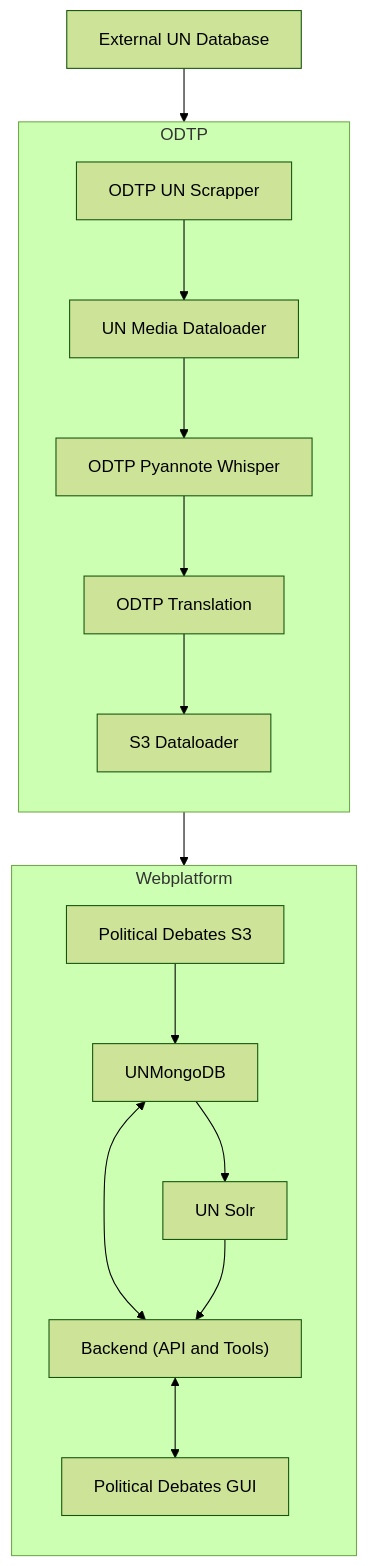
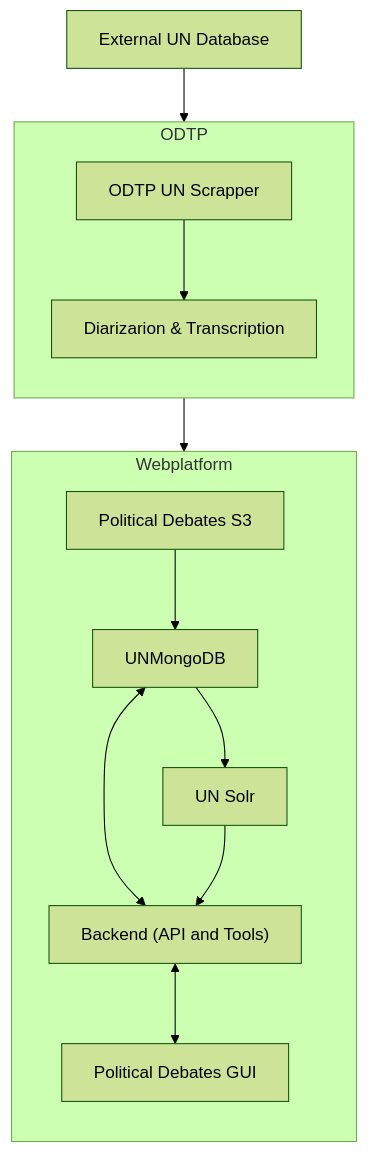
Before and after one commit to sdsc-ordes/dt-political-debates: the diagram in README.md, drawn with Mermaid (forest theme). The commit also changed other lines of this file, not shown here.

Commit message:
feat: diagram updated

````diff
--- a/README.md
+++ b/README.md
@@ -4,25 +4,20 @@
 ``` mermaid
 graph TB
     ExternalUNDatabase[External UN Database] --> UNScrapper[ODTP UN Scrapper]
 
     subgraph ODTP
     direction TB
-        UNScrapper --> UNMediaDataloader[UN Media Dataloader]
-
-        UNMediaDataloader --> ODTPPyannoteWhisper[ODTP Pyannote Whisper]
-        ODTPPyannoteWhisper --> ODTPTranslation[ODTP Translation]
-
-        ODTPTranslation --> S3Dataloader[S3 Dataloader]
+        UNScrapper --> ODTPPyannoteWhisper[Diarizarion & Transcription]
     end
-    S3Dataloader --> UNS3[Political Debates S3]
+    ODTPPyannoteWhisper --> UNS3[Political Debates S3]
 
     subgraph Webplatform
     direction TB
         UNS3 --> UNMongoDB
 
         UNMongoDB <--> Backend["Backend (API and Tools)"]
         UNMongoDB --> UNSolr[UN Solr]
         UNSolr --> Backend["Backend (API and Tools)"]
         Backend <--> Frontend[Political Debates GUI]
     end
 ```
````
